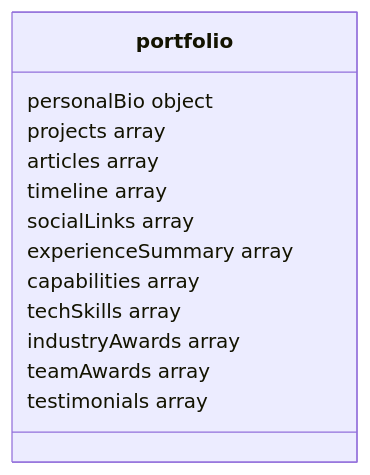
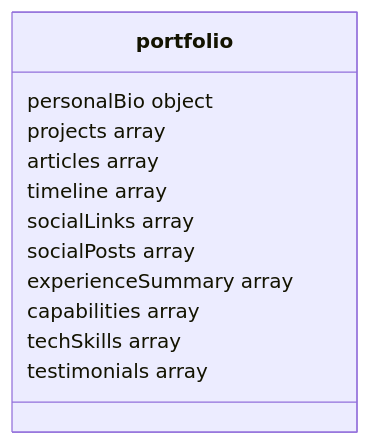
One commit to SidheshwarSarangal/portfoionew changed the seventh of 9 diagrams in docs/CONTENT_PROVIDERS.md. Above: the diagram before and after it, drawn with Mermaid. The commit also changed other lines of this file and 8 other files, not shown here.

````diff
--- a/docs/CONTENT_PROVIDERS.md
+++ b/docs/CONTENT_PROVIDERS.md
@@ -172,16 +111,15 @@
 ```mermaid
 classDiagram
   class portfolio {
     personalBio object
     projects array
     articles array
     timeline array
     socialLinks array
+    socialPosts array
     experienceSummary array
     capabilities array
     techSkills array
-    industryAwards array
-    teamAwards array
     testimonials array
   }
 ```
````
